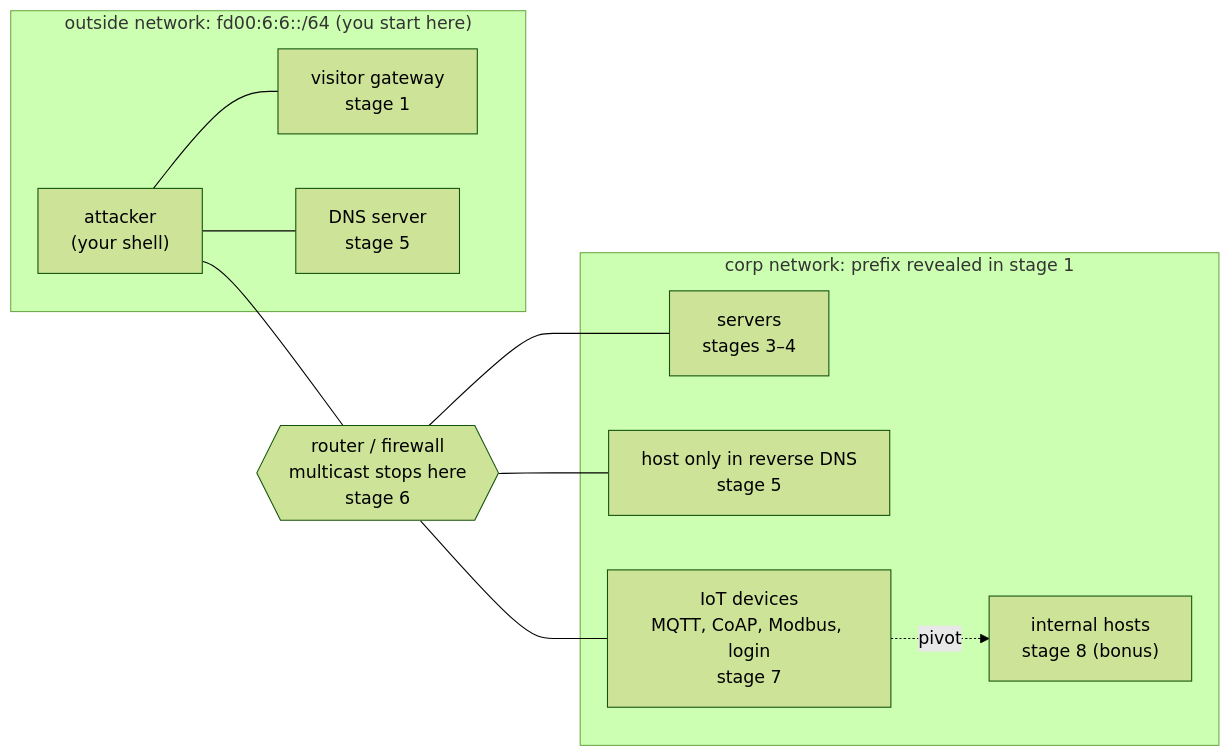
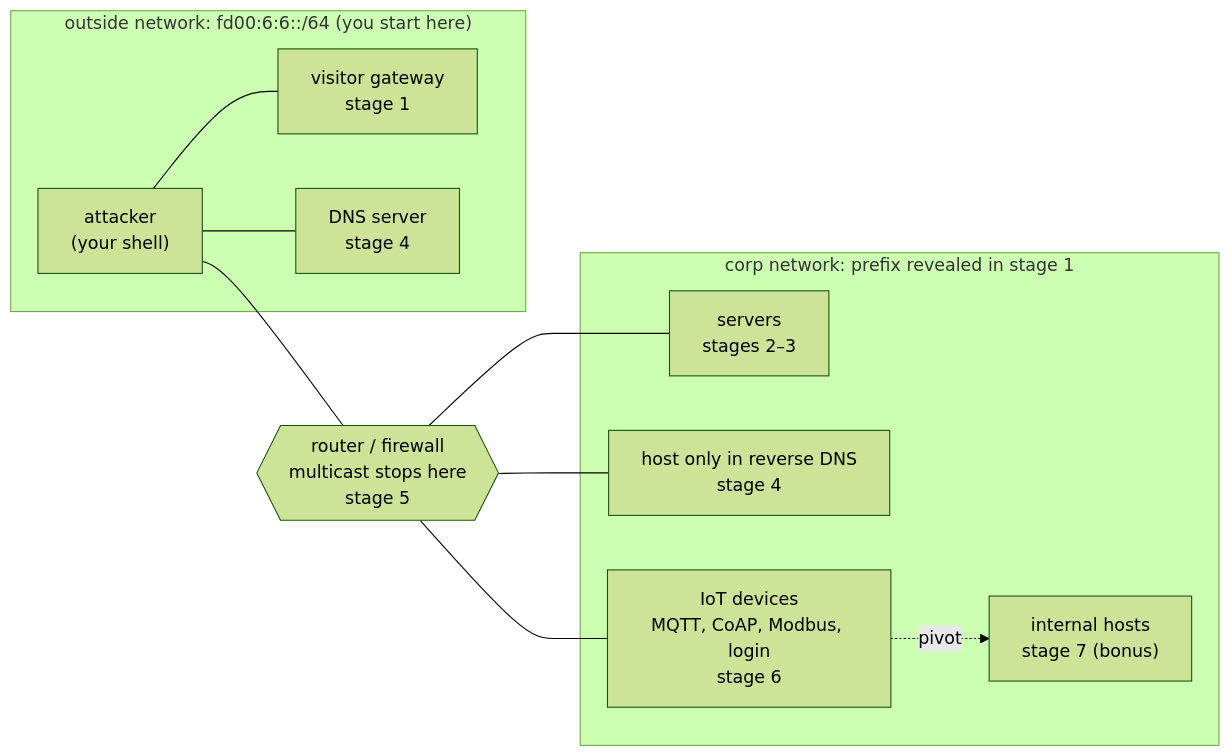
The diagram in lab3-ipv6/README.md (Moritz1008/network-scanning-lab), drawn with Mermaid (forest theme) before and after one commit. The commit also changed other lines of this file and 12 other files, not shown here.

````diff
--- a/lab3-ipv6/README.md
+++ b/lab3-ipv6/README.md
@@ -31,25 +31,25 @@
 ```mermaid
 flowchart LR
     subgraph outside["outside network: fd00:6:6::/64 (you start here)"]
         attacker["attacker<br/>(your shell)"]
         target["visitor gateway<br/>stage 1"]
-        dns["DNS server<br/>stage 5"]
+        dns["DNS server<br/>stage 4"]
     end
 
-    router{{"router / firewall<br/>multicast stops here<br/>stage 6"}}
+    router{{"router / firewall<br/>multicast stops here<br/>stage 5"}}
 
     subgraph corp["corp network: prefix revealed in stage 1"]
-        servers["servers<br/>stages 3–4"]
-        revhost["host only in reverse DNS<br/>stage 5"]
-        iot["IoT devices<br/>MQTT, CoAP, Modbus, login<br/>stage 7"]
-        internal["internal hosts<br/>stage 8 (bonus)"]
+        servers["servers<br/>stages 2–3"]
+        revhost["host only in reverse DNS<br/>stage 4"]
+        iot["IoT devices<br/>MQTT, CoAP, Modbus, login<br/>stage 6"]
+        internal["internal hosts<br/>stage 7 (bonus)"]
     end
 
     attacker --- target
     attacker --- dns
     attacker --- router
     router --- servers
     router --- revhost
     router --- iot
     iot -. pivot .-> internal
 ```
````
